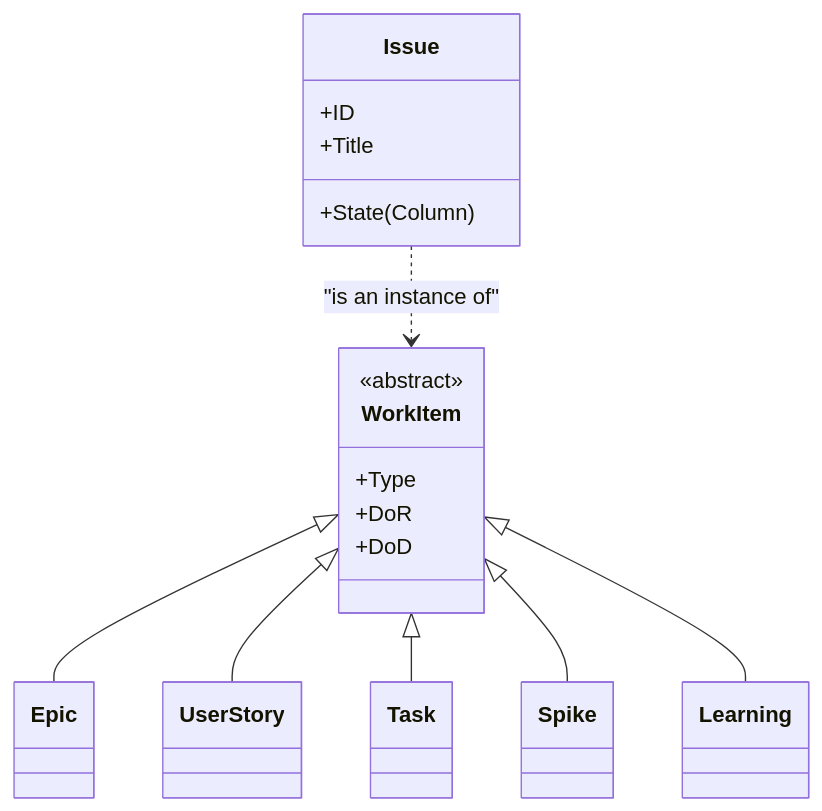
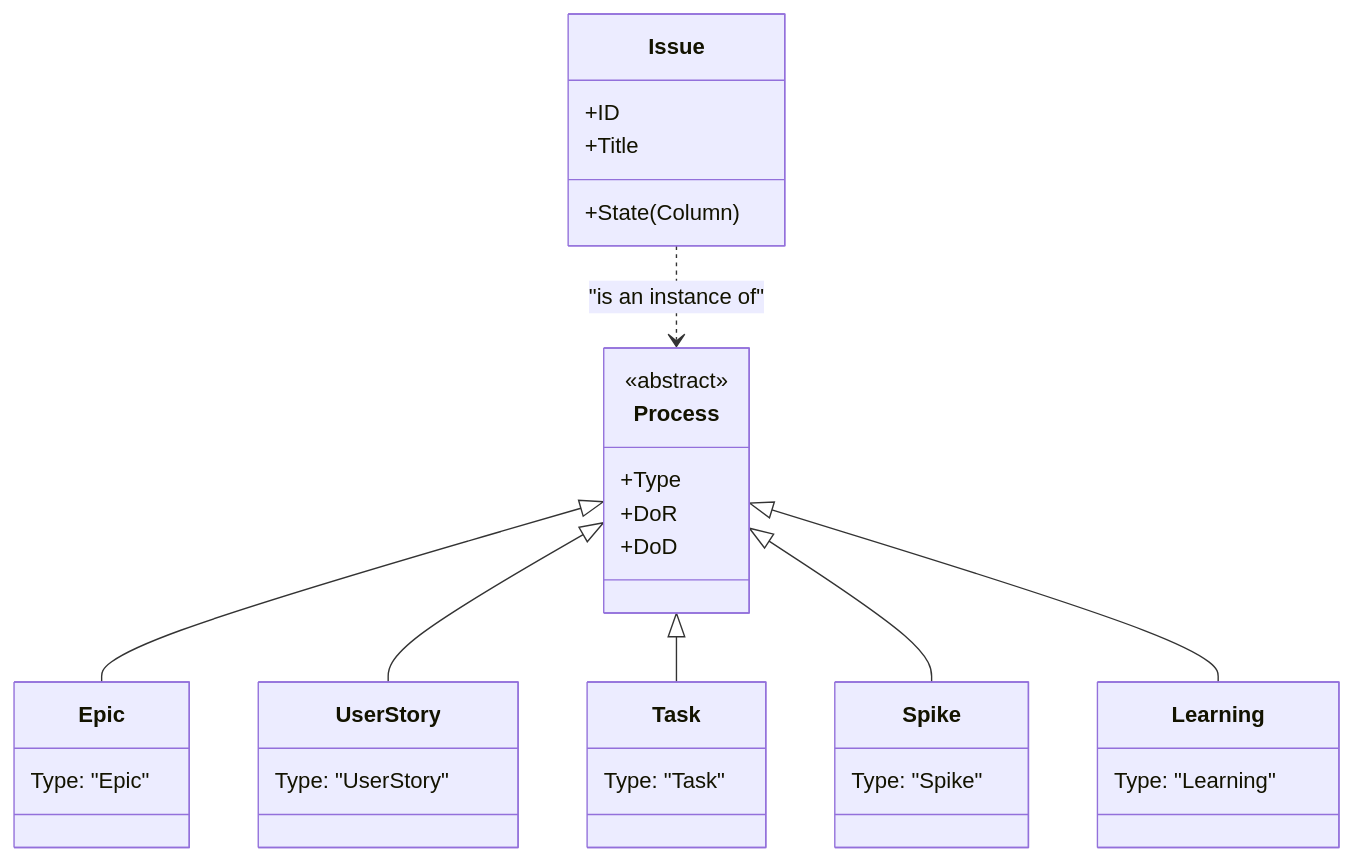
The first of 2 diagrams in task-management/index.md (ndxbn/ndxbn.github.io), drawn with Mermaid before and after one commit.

````diff
--- a/task-management/index.md
+++ b/task-management/index.md
@@ -10,27 +10,39 @@
 ```mermaid
 classDiagram
-    class WorkItem {
+    direction TD
+
+    class Process {
         <<abstract>>
         +Type
         +DoR
         +DoD
     }
-    class Epic { }
-    class UserStory { }
-    class Task { }
-    class Spike { }
-    class Learning { }
+    class Epic {
+        Type: "Epic"
+    }
+    class UserStory {
+        Type: "UserStory"
+    }
+    class Task {
+        Type: "Task"
+    }
+    class Spike {
+        Type: "Spike"
+    }
+    class Learning {
+        Type: "Learning"
+    }
 
-    WorkItem <|-- Epic
-    WorkItem <|-- UserStory
-    WorkItem <|-- Task
-    WorkItem <|-- Spike
-    WorkItem <|-- Learning
+    Process <|-- Epic
+    Process <|-- UserStory
+    Process <|-- Task
+    Process <|-- Spike
+    Process <|-- Learning
 
     class Issue {
         +ID
         +Title
         +State (Column)
     }
-    Issue ..> WorkItem : "is an instance of"
+    Issue ..> Process : "is an instance of"
 ```
````
